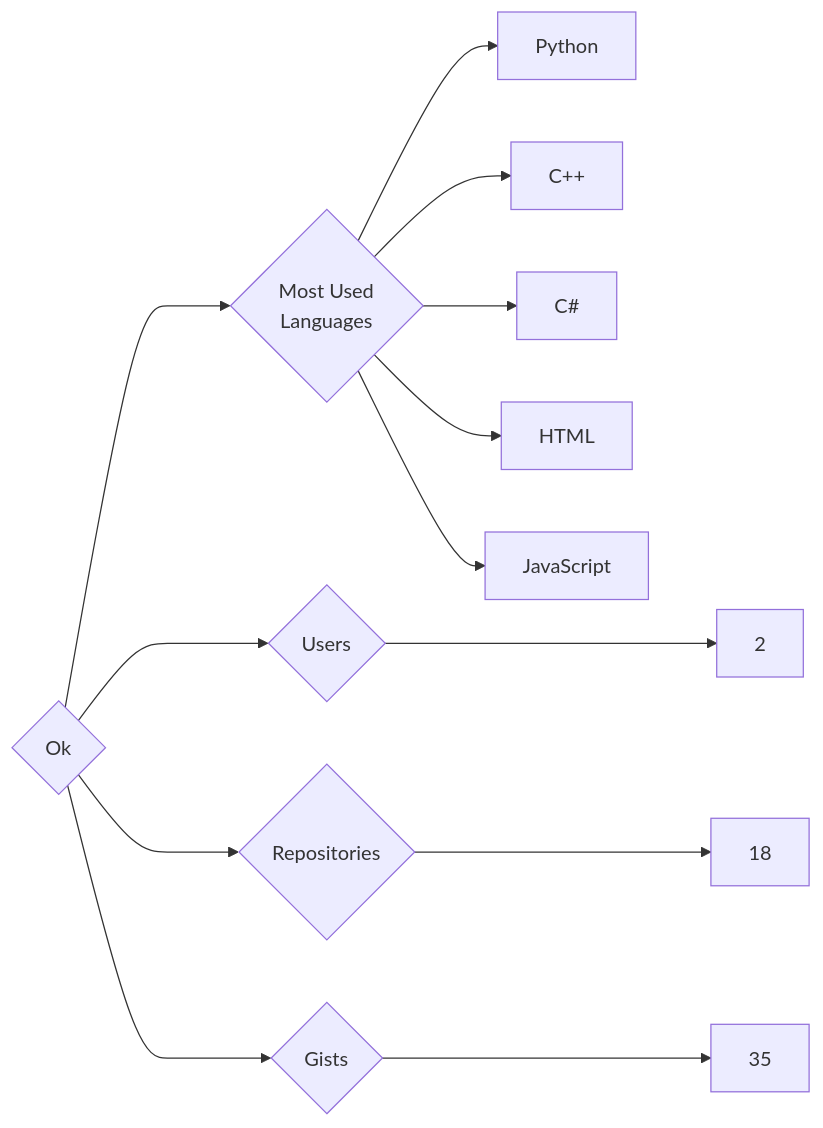
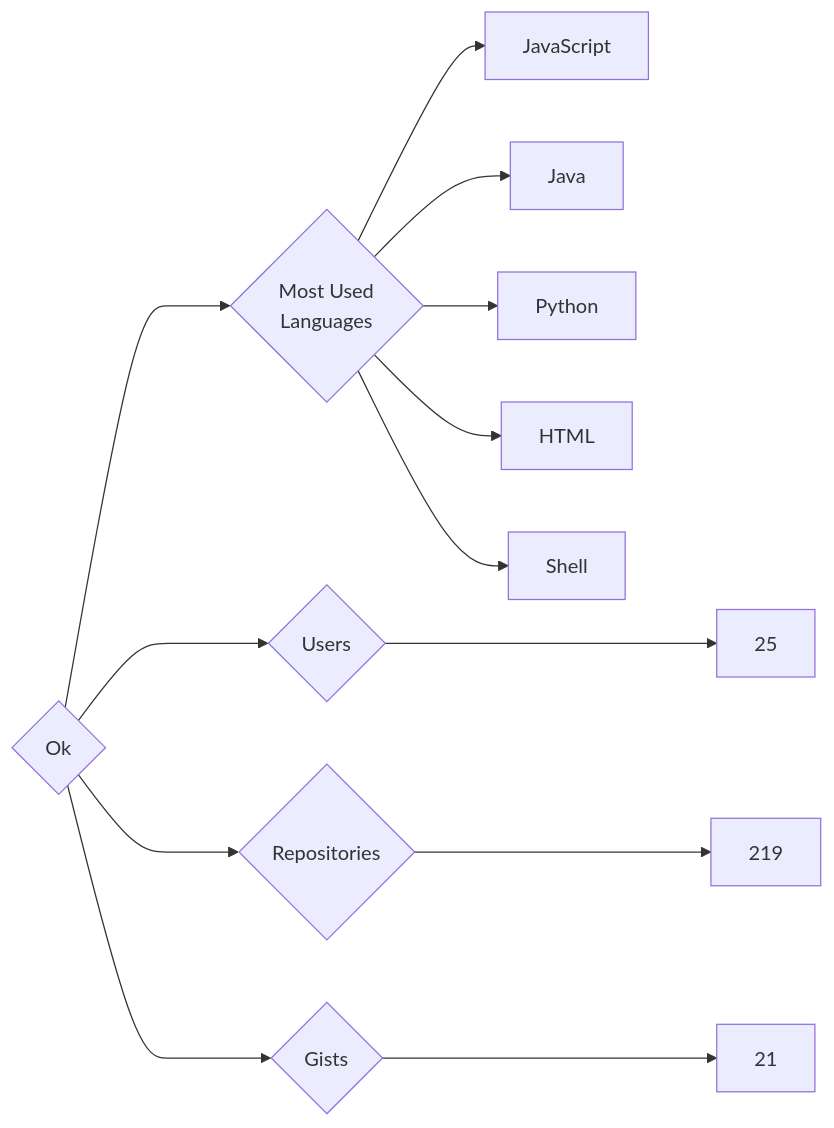
Before and after one commit to trickest/insiders: the diagram in targets/Ok/README.md, drawn with Mermaid. The commit also changed 1011 other files, not shown here.

````diff
--- a/targets/Ok/README.md
+++ b/targets/Ok/README.md
@@ -3,13 +3,13 @@
 ```mermaid
 graph LR
 COMPANY_NAME{Ok}
-COMPANY_NAME ---> U{Users} ---> UN[2]
-COMPANY_NAME ---> R{Repositories} ---> RN[18]
-COMPANY_NAME ---> G{Gists} ---> GN[35]
+COMPANY_NAME ---> U{Users} ---> UN[25]
+COMPANY_NAME ---> R{Repositories} ---> RN[219]
+COMPANY_NAME ---> G{Gists} ---> GN[21]
 COMPANY_NAME ---> ML{Most Used<br>Languages}
+ML --> JavaScript[JavaScript]
+ML --> Java[Java]
 ML --> Python[Python]
-ML --> C++[C++]
-ML --> C#[C#]
 ML --> HTML[HTML]
-ML --> JavaScript[JavaScript]
+ML --> Shell[Shell]
 ```
````
